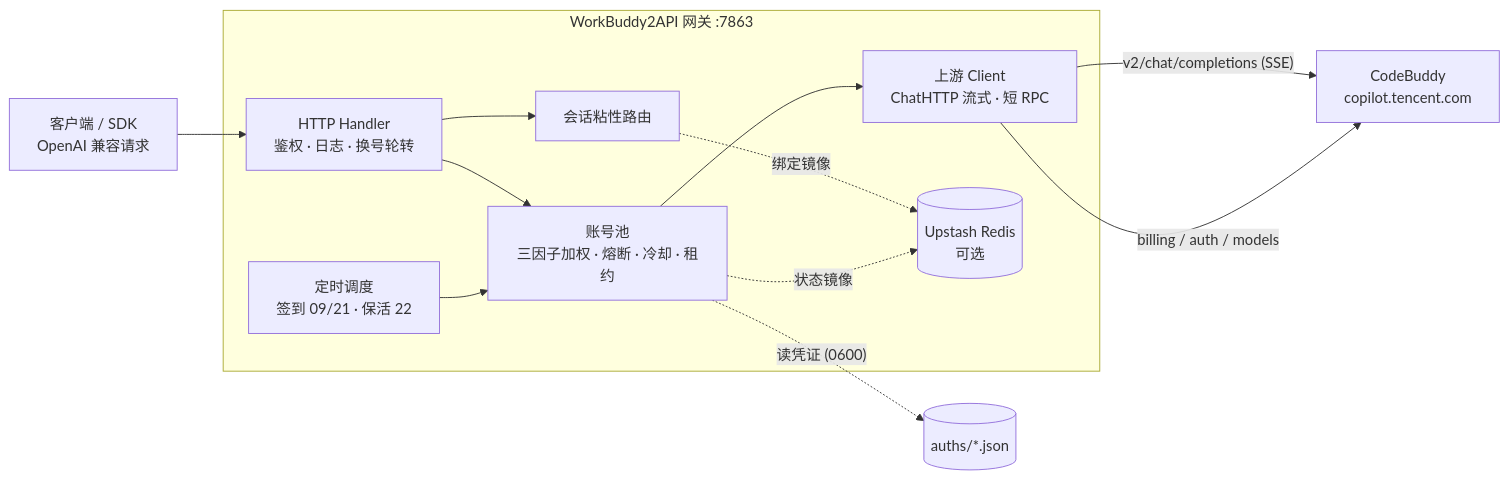
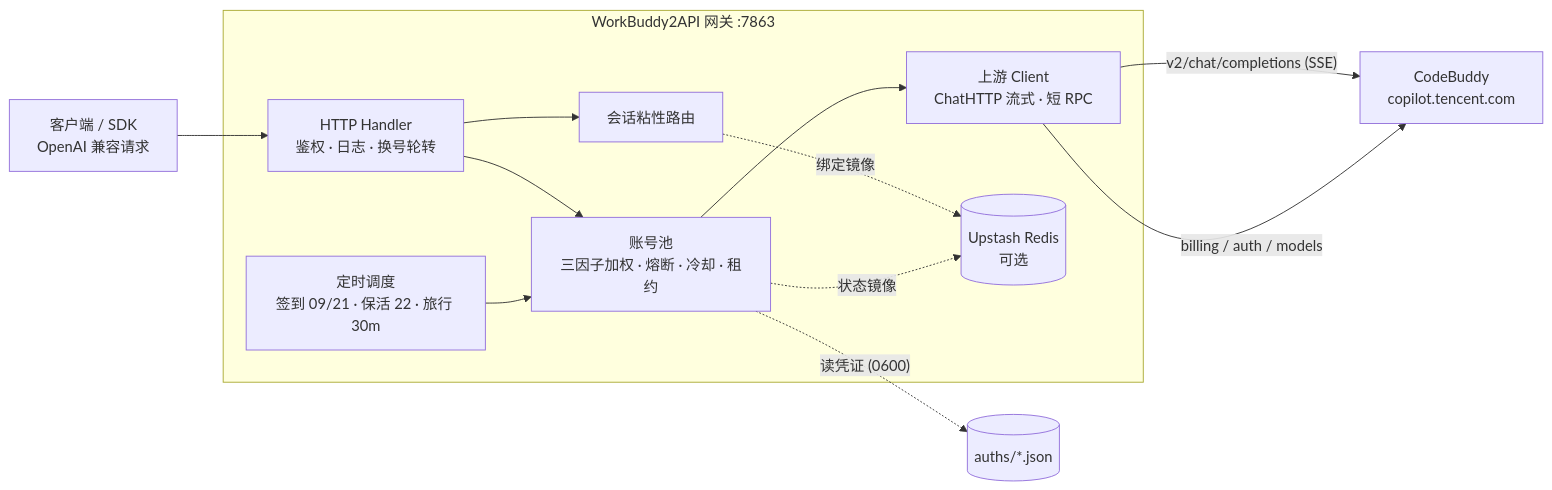
One commit to aaliang319-source/workbuddy2apinew changed the diagram in README.md. Above: the diagram before and after it, drawn with Mermaid. The commit also changed other lines of this file, not shown here.

````diff
--- a/README.md
+++ b/README.md
@@ -48,18 +48,18 @@
 ```mermaid
 flowchart LR
     Client["客户端 / SDK\nOpenAI 兼容请求"] --> H
 
     subgraph GWI["WorkBuddy2API 网关 :7863"]
         H["HTTP Handler\n鉴权 · 日志 · 换号轮转"] --> P
         H --> S
         P["账号池\n三因子加权 · 熔断 · 冷却 · 租约"] --> U
         S["会话粘性路由"] -.绑定镜像.-> REDIS
-        T["定时调度\n签到 09/21 · 保活 22"] --> P
+        T["定时调度\n签到 09/21 · 保活 22 · 旅行 30m"] --> P
         U["上游 Client\nChatHTTP 流式 · 短 RPC"]
     end
 
     P -. "读凭证 (0600)" .-> AUTH[("auths/*.json")]
     P -. "状态镜像" .-> REDIS[("Upstash Redis\n可选")]
     U -->|"v2/chat/completions (SSE)"| CB["CodeBuddy\ncopilot.tencent.com"]
     U -->|"billing / auth / models"| CB
 ```
````
